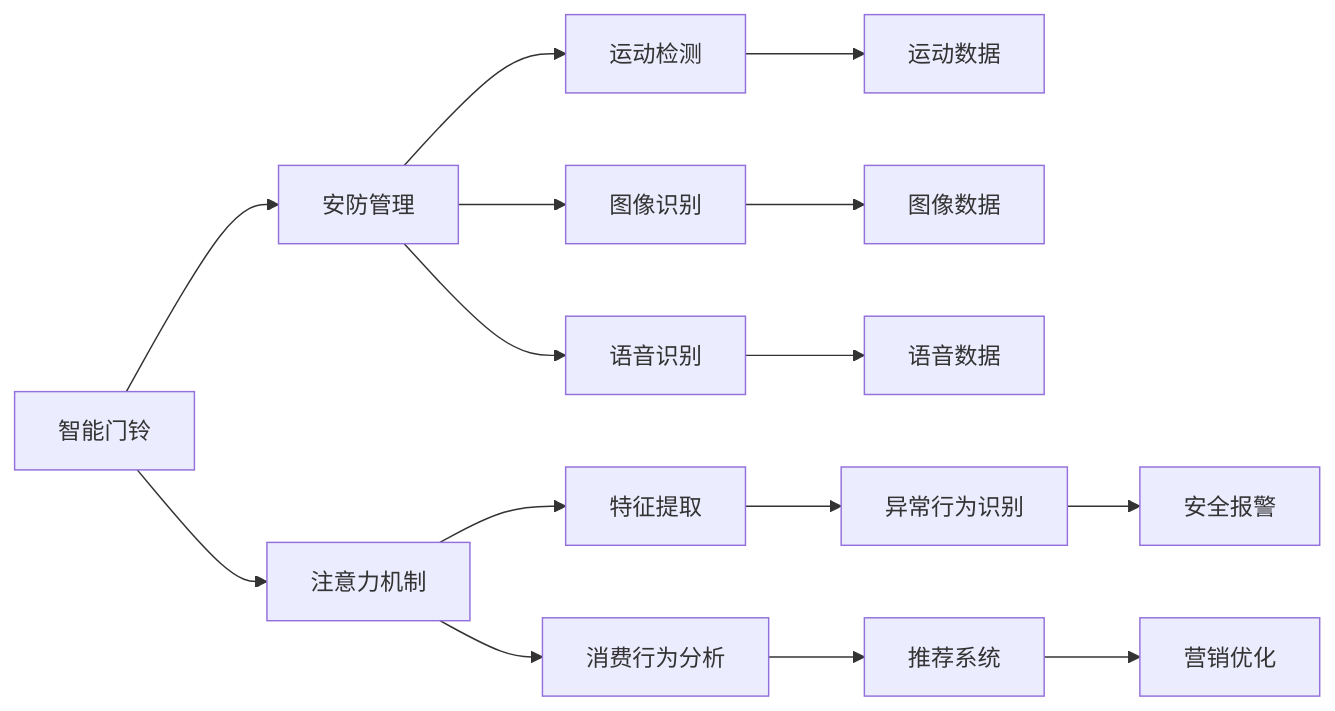
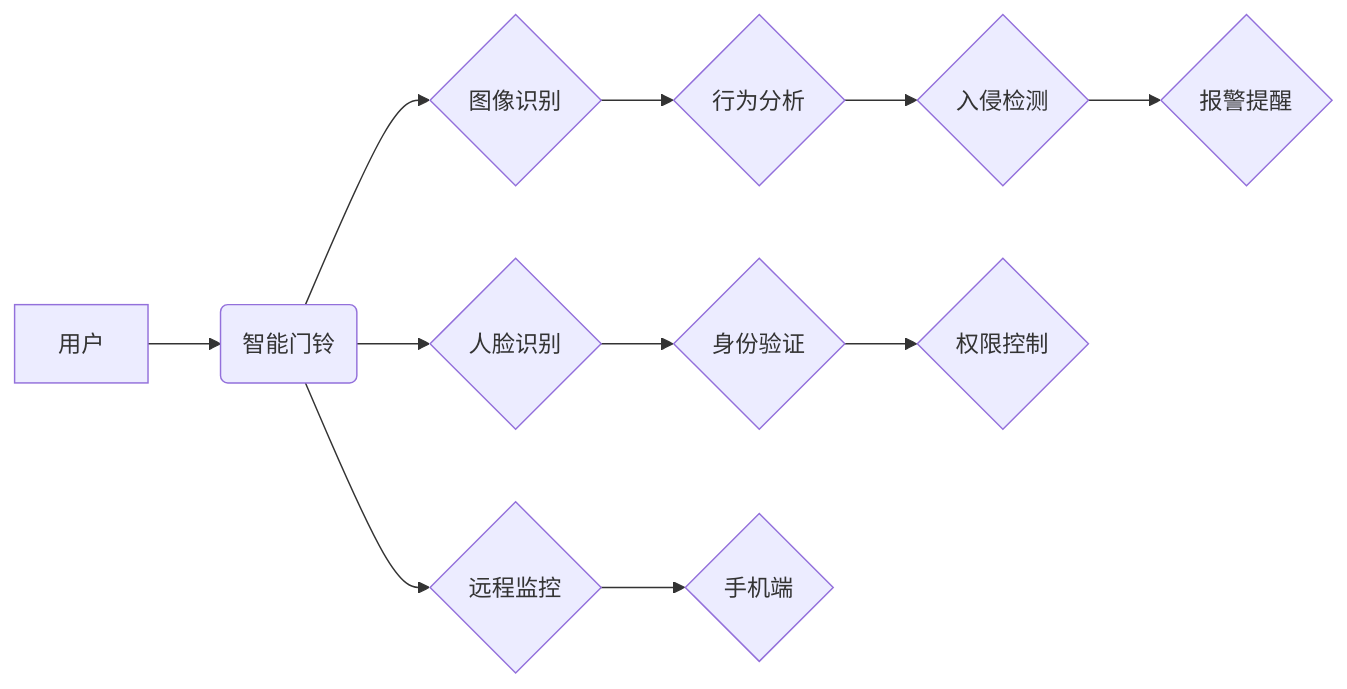
Before and after one commit to AIGeniusInstitute/pycnblog: the diagram in agi/348/智能门铃的安防管理与注意力经济.md, drawn with Mermaid. The commit also changed other lines of this file and 45677 other files, not shown here.

````diff
--- a/agi/348/智能门铃的安防管理与注意力经济.md
+++ b/agi/348/智能门铃的安防管理与注意力经济.md
@@ -31,17 +37,13 @@
 ```mermaid
 graph LR
-    A[智能门铃] --> B[安防管理]
-    B --> C[运动检测]
-    B --> D[图像识别]
-    B --> E[语音识别]
-    C --> F[运动数据]
-    D --> G[图像数据]
-    E --> H[语音数据]
-    A --> I[注意力机制]
-    I --> J[特征提取]
-    J --> K[异常行为识别]
-    I --> L[消费行为分析]
-    L --> M[推荐系统]
-    K --> N[安全报警]
-    M --> O[营销优化]
+    A[用户] --> B(智能门铃)
+    B --> C{图像识别}
+    C --> D{行为分析}
+    D --> E{入侵检测}
+    E --> F{报警提醒}
+    B --> G{人脸识别}
+    G --> H{身份验证}
+    H --> I{权限控制}
+    B --> J{远程监控}
+    J --> K{手机端}
 ```
````
